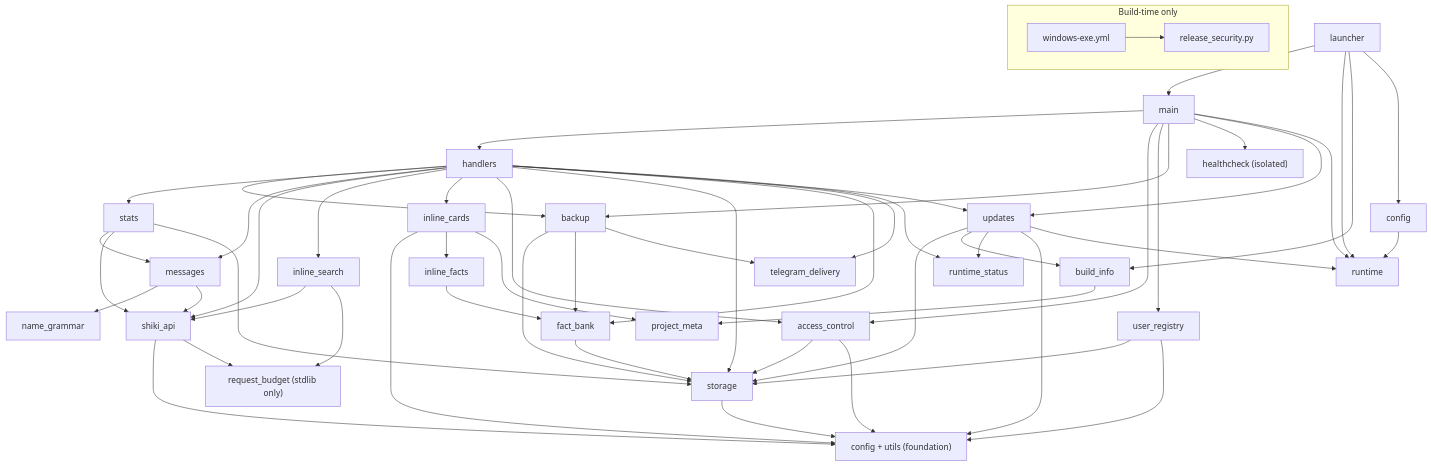
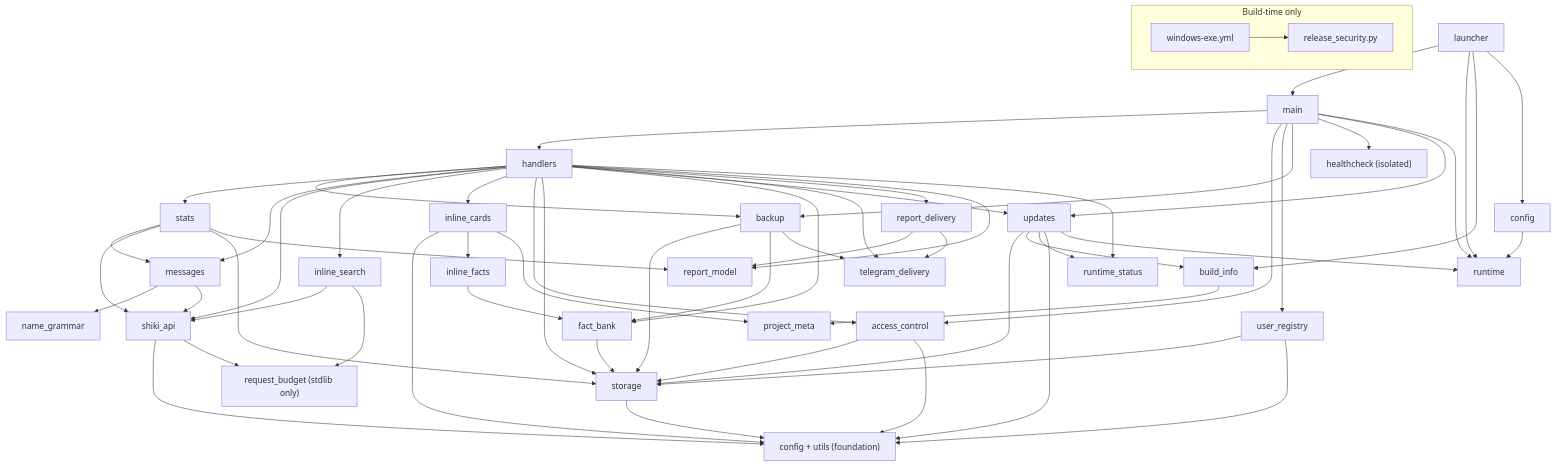
One commit to WorgaNomoR/ShikiUpdatesBot changed the diagram in ARCHITECTURE.md. Above: the diagram before and after it, drawn with Mermaid. The commit also changed other lines of this file and 16 other files, not shown here.

First line of the commit message:
Add shared report presentation and delivery foundation (#139)

````diff
--- a/ARCHITECTURE.md
+++ b/ARCHITECTURE.md
@@ -45,60 +47,65 @@
 ```mermaid
 graph TD
     launcher --> main
     launcher --> runtime
     launcher --> build_info
     launcher --> config
     main --> handlers
     main --> access_control
     main --> user_registry
     main --> backup
     main --> healthcheck
     main --> updates
     main --> runtime
     handlers --> backup
     handlers --> stats
     handlers --> messages
     handlers --> shiki_api
     handlers --> inline_search
     handlers --> inline_cards
     handlers --> access_control
     handlers --> storage
     handlers --> fact_bank
     access_control --> storage
     access_control --> base
     user_registry --> storage
     user_registry --> base
     handlers --> updates
     handlers --> telegram_delivery
+    handlers --> report_delivery
+    handlers --> report_model
     handlers --> runtime_status
     updates --> storage
     updates --> build_info
     updates --> runtime_status
     build_info --> project_meta
     updates --> base
     updates --> runtime
     stats --> messages
     stats --> shiki_api
     stats --> storage
+    stats --> report_model
     messages --> name_grammar
     messages --> shiki_api
     backup --> storage
     backup --> fact_bank
     backup --> telegram_delivery
     storage --> base["config + utils (foundation)"]
     shiki_api --> base
     shiki_api --> request_budget
     inline_search --> shiki_api
     inline_search --> request_budget
     inline_cards --> base
     inline_cards --> inline_facts
     inline_cards --> project_meta
     inline_facts --> fact_bank
+    report_delivery --> report_model
+    report_delivery --> telegram_delivery
     fact_bank --> storage
     request_budget["request_budget (stdlib only)"]
     config --> runtime
     healthcheck["healthcheck (isolated)"]
     subgraph build_time["Build-time only"]
         windows_workflow["windows-exe.yml"] --> release_security["release_security.py"]
     end
 ```
````
